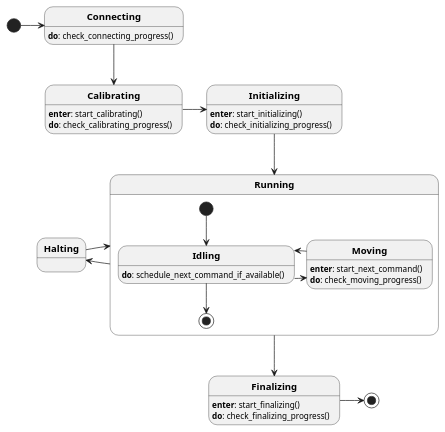
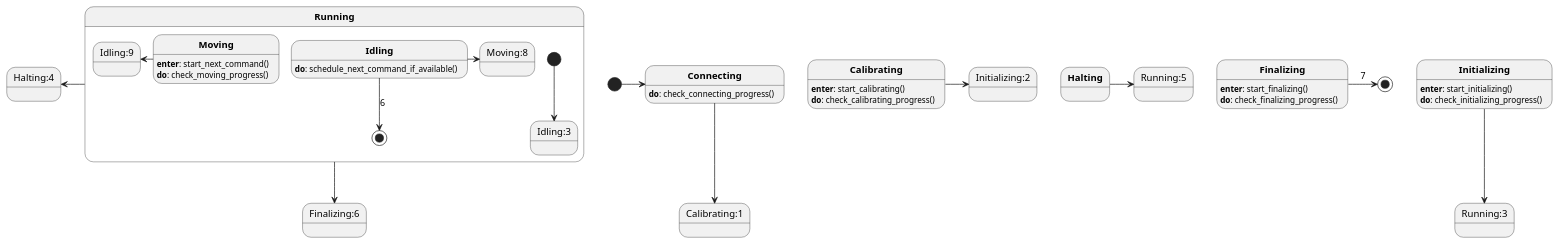
One commit to bscp/al5d_cpp changed the diagram in doc/state_machine.puml. Above: the diagram before and after it, drawn with PlantUML.

Commit message:
Number events in state machine

```diff
--- a/doc/state_machine.puml
+++ b/doc/state_machine.puml
@@ -1,44 +1,44 @@
 @startuml
 
 state "**Connecting**" as Connecting
 Connecting: **do**: check_connecting_progress()
 
 state "**Calibrating**" as Calibrating
 Calibrating: **enter**: start_calibrating()
 Calibrating: **do**: check_calibrating_progress()
 
 state "**Initializing**" as Initializing
 Initializing: **enter**: start_initializing()
 Initializing: **do**: check_initializing_progress()
 
 
 state "**Running**" as Running{
     state "**Idling**" as Idling
     Idling: **do**: schedule_next_command_if_available()
 
     state "**Moving**" as Moving
     Moving: **enter**: start_next_command()
     Moving: **do**: check_moving_progress()
 
-    [*] -down-> Idling
-    Idling -right-> Moving
-    Moving -left-> Idling
-    Idling -down-> [*]
+    [*] -down-> Idling:3
+    Idling -right-> Moving:8
+    Moving -left-> Idling:9
+    Idling -down-> [*]:6
 }
 
 state "**Halting**" as Halting
 
 state "**Finalizing**" as Finalizing
 Finalizing: **enter**: start_finalizing()
 Finalizing: **do**: check_finalizing_progress()
 
 [*] -right-> Connecting
-Connecting -down-> Calibrating
-Calibrating -right-> Initializing
-Initializing -down-> Running
-Running -left-> Halting
-Halting -right-> Running
-Running -down-> Finalizing
-Finalizing -right-> [*]
+Connecting -down-> Calibrating:1
+Calibrating -right-> Initializing:2
+Initializing -down-> Running:3
+Running -left-> Halting:4
+Halting -right-> Running:5
+Running -down-> Finalizing:6
+Finalizing -right-> [*]:7
 
 @enduml
```
